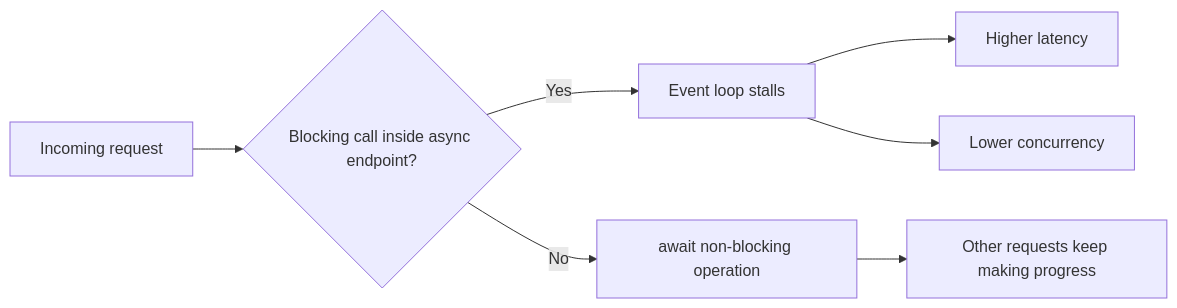
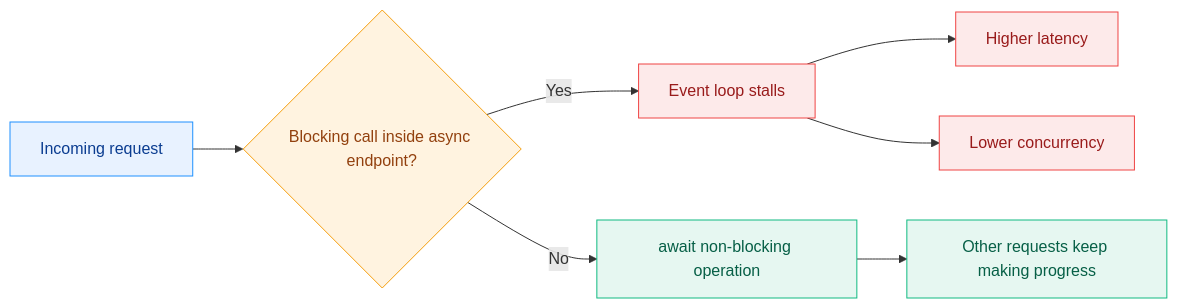
Before and after one commit to yakhyo/yakhyo.github.io: the fourth of 4 diagrams in _posts/2026/2026-05-17-python-core-interview-questions.md, drawn with Mermaid. The commit also changed other lines of this file and 1 other file, not shown here.

```diff
--- a/_posts/2026/2026-05-17-python-core-interview-questions.md
+++ b/_posts/2026/2026-05-17-python-core-interview-questions.md
@@ -540,9 +857,18 @@
 <div class="mermaid">
 flowchart LR
     A["Incoming request"] --> B{"Blocking call inside async endpoint?"}
     B -->|Yes| C["Event loop stalls"]
     C --> D["Higher latency"]
     C --> E["Lower concurrency"]
     B -->|No| F["await non-blocking operation"]
     F --> G["Other requests keep making progress"]
+
+    classDef start fill:#e8f2ff,stroke:#1e90ff,color:#0b3d91;
+    classDef decision fill:#fff3e0,stroke:#f59e0b,color:#92400e;
+    classDef bad fill:#fdeaea,stroke:#ef4444,color:#991b1b;
+    classDef good fill:#e6f7f1,stroke:#10b981,color:#065f46;
+    class A start;
+    class B decision;
+    class C,D,E bad;
+    class F,G good;
 </div>
```
